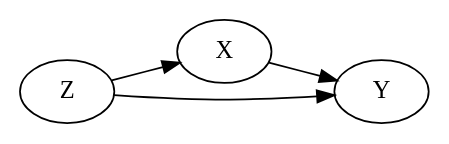
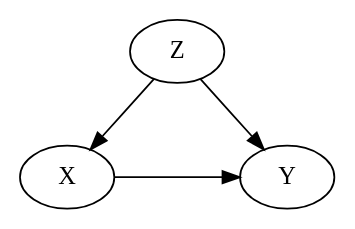
One commit to vdeni/causal-inference_bayes-and-dags changed the first of 3 diagrams in reports/exploring-causality.qmd. Above: the diagram before and after it, drawn with Graphviz. The commit also changed other lines of this file and 2 other files, not shown here.

````diff
--- a/reports/exploring-causality.qmd
+++ b/reports/exploring-causality.qmd
@@ -30,13 +37,14 @@
 ```{dot fig_dag_no-coef}
 //| fig-align: center
 //| fig-cap: Three variables, simple confounding.
 //| label: fig-three-var-confounding
 
 digraph G {
     layout=dot;
-    rankdir=LR;
-    X -> Y;
+    rankdir=TB;
+    X -> Y[minlen=4];
     Z -> X;
     Z -> Y;
+    {rank="same"; X; Y;}
 }
 ```
````
